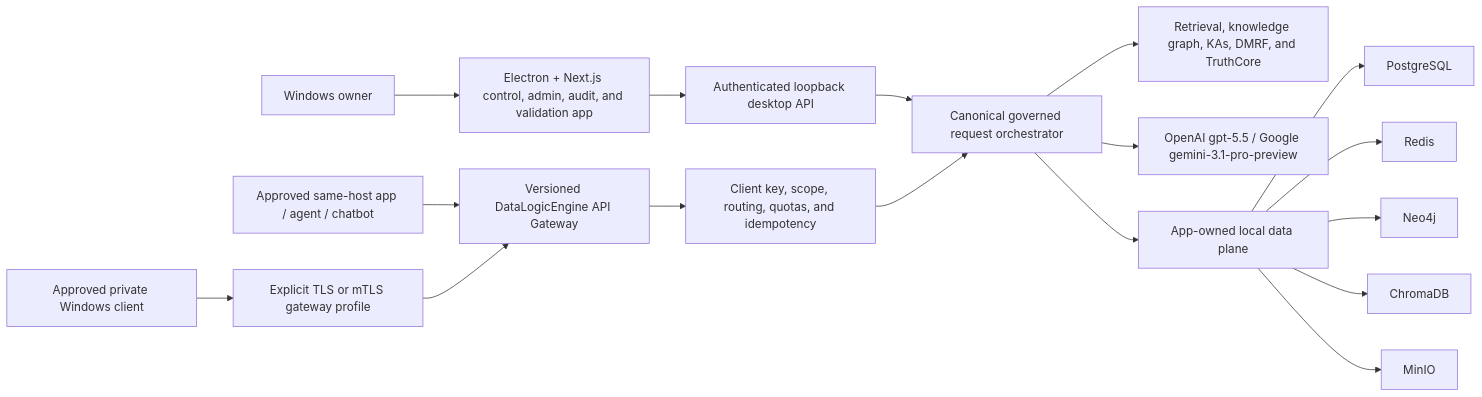
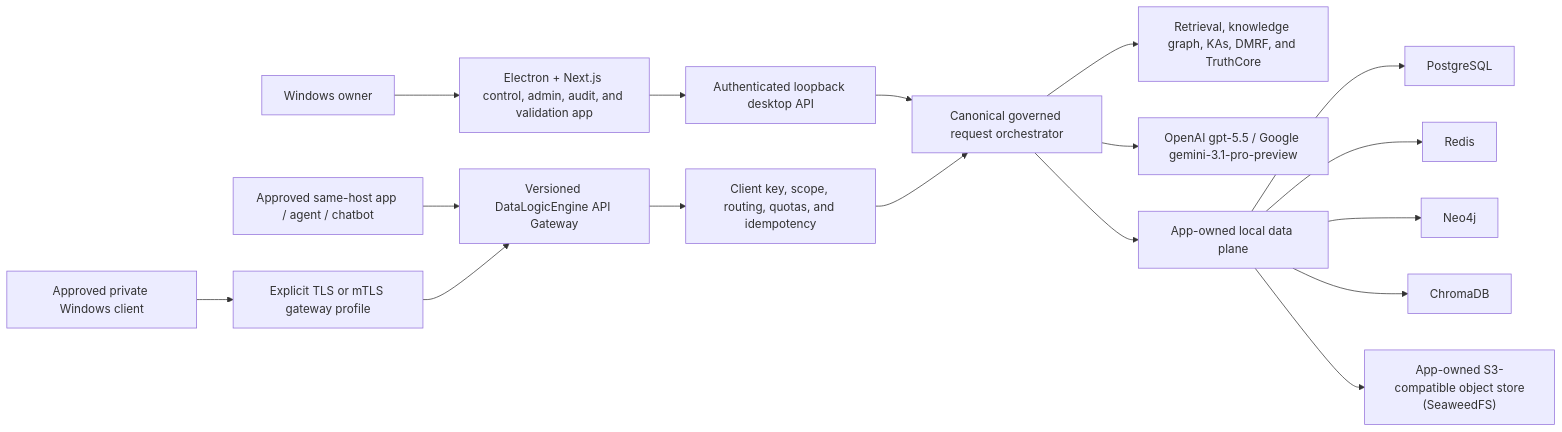
One commit to kherrera6219/DataLogicEngine changed the diagram in README.md. Above: the diagram before and after it, drawn with Mermaid. The commit also changed other lines of this file and 81 other files, not shown here.

Commit message:
feat: select qualified SeaweedFS object store

````diff
--- a/README.md
+++ b/README.md
@@ -447,19 +458,19 @@
 ```mermaid
 flowchart LR
   Owner["Windows owner"] --> Frontend["Electron + Next.js control, admin, audit, and validation app"]
   Frontend --> DesktopAPI["Authenticated loopback desktop API"]
   SameHost["Approved same-host app / agent / chatbot"] --> Gateway["Versioned DataLogicEngine API Gateway"]
   PrivateClient["Approved private Windows client"] --> PrivateListener["Explicit TLS or mTLS gateway profile"]
   PrivateListener --> Gateway
   Gateway --> ClientPolicy["Client key, scope, routing, quotas, and idempotency"]
   DesktopAPI --> Governed["Canonical governed request orchestrator"]
   ClientPolicy --> Governed
   Governed --> Graph["Retrieval, knowledge graph, KAs, DMRF, and TruthCore"]
   Governed --> Providers["OpenAI gpt-5.5 / Google gemini-3.1-pro-preview"]
   Governed --> Stores["App-owned local data plane"]
   Stores --> PostgreSQL["PostgreSQL"]
   Stores --> Redis["Redis"]
   Stores --> Neo4j["Neo4j"]
   Stores --> Chroma["ChromaDB"]
-  Stores --> MinIO["MinIO"]
+  Stores --> ObjectStore["App-owned S3-compatible object store<br/>(SeaweedFS)"]
 ```
````
